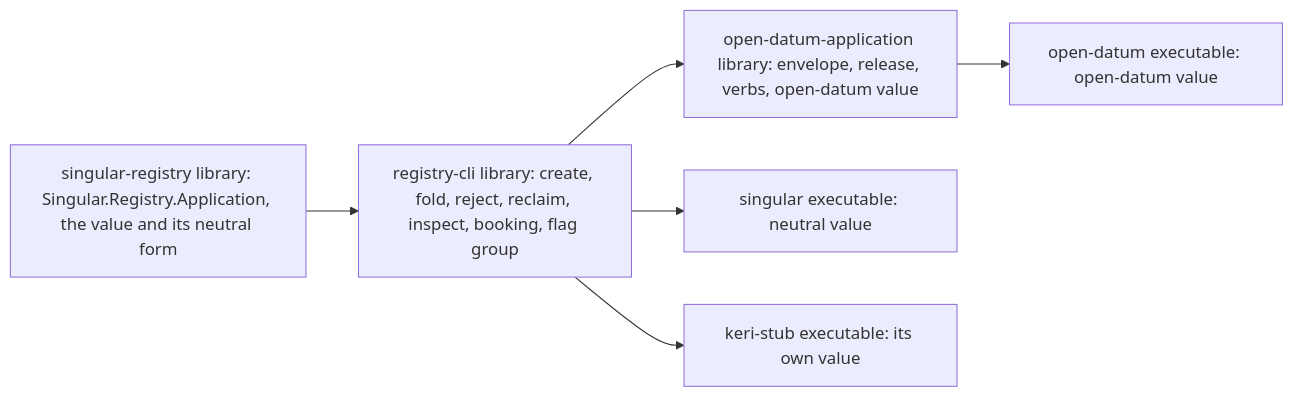
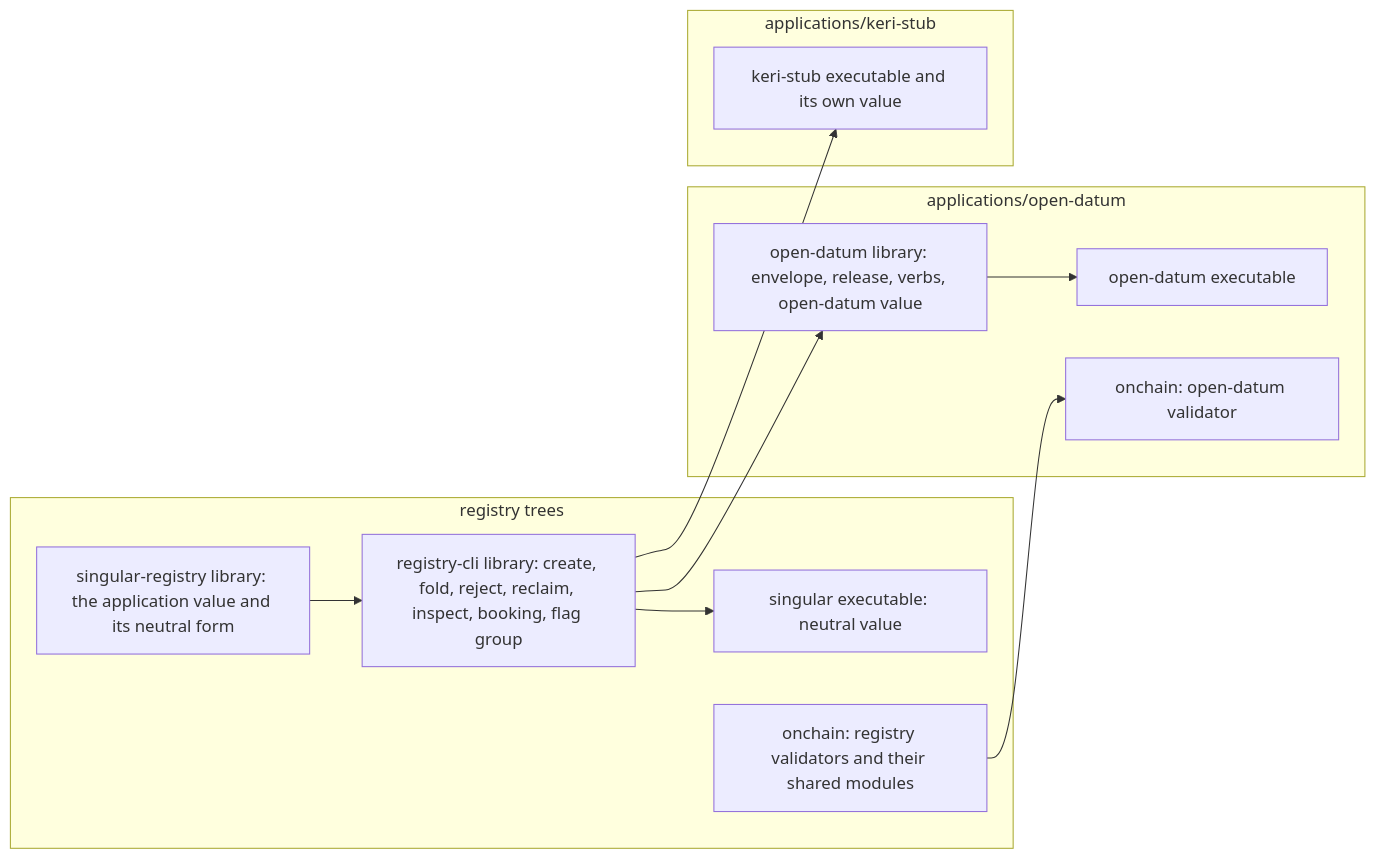
One commit to lambdasistemi/singular changed the diagram in specs/528-registry-cli-split/plan.md. Above: the diagram before and after it, drawn with Mermaid. The commit also changed other lines of this file and 11 other files, not shown here.

Commit message:
docs(528): separate the applications from the registry trees

````diff
--- a/specs/528-registry-cli-split/plan.md
+++ b/specs/528-registry-cli-split/plan.md
@@ -9,14 +11,23 @@
 ```mermaid
 flowchart LR
-    main[singular-registry library: Singular.Registry.Application, the value and its neutral form]
-    cli[registry-cli library: create, fold, reject, reclaim, inspect, booking, flag group]
-    od[open-datum-application library: envelope, release, verbs, open-datum value]
-    sing[singular executable: neutral value]
-    ode[open-datum executable: open-datum value]
-    keri[keri-stub executable: its own value]
+    subgraph registry[registry trees]
+        main[singular-registry library: the application value and its neutral form]
+        cli[registry-cli library: create, fold, reject, reclaim, inspect, booking, flag group]
+        sing[singular executable: neutral value]
+        regchain[onchain: registry validators and their shared modules]
+    end
+    subgraph od[applications/open-datum]
+        odlib[open-datum library: envelope, release, verbs, open-datum value]
+        ode[open-datum executable]
+        odchain[onchain: open-datum validator]
+    end
+    subgraph keri[applications/keri-stub]
+        keriexe[keri-stub executable and its own value]
+    end
     main --> cli
-    cli --> od
     cli --> sing
-    od --> ode
-    cli --> keri
+    cli --> odlib
+    odlib --> ode
+    cli --> keriexe
+    regchain --> odchain
 ```
````
